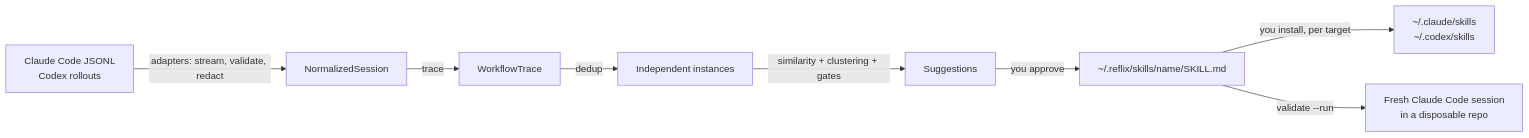
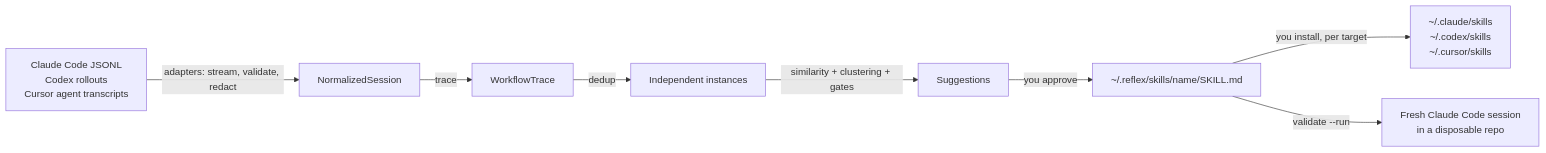
One commit to sumervaid/reflex-tui changed the diagram in docs/architecture.md. Above: the diagram before and after it, drawn with Mermaid. The commit also changed other lines of this file and 53 other files, not shown here.

````diff
--- a/docs/architecture.md
+++ b/docs/architecture.md
@@ -6,10 +6,10 @@
 ```mermaid
 flowchart LR
-  A[Claude Code JSONL<br/>Codex rollouts] -->|adapters: stream, validate, redact| B[NormalizedSession]
+  A[Claude Code JSONL<br/>Codex rollouts<br/>Cursor agent transcripts] -->|adapters: stream, validate, redact| B[NormalizedSession]
   B -->|trace| C[WorkflowTrace]
   C -->|dedup| D[Independent instances]
   D -->|similarity + clustering + gates| E[Suggestions]
-  E -->|you approve| F[~/.reflix/skills/name/SKILL.md]
-  F -->|you install, per target| G[~/.claude/skills<br/>~/.codex/skills]
+  E -->|you approve| F[~/.reflex/skills/name/SKILL.md]
+  F -->|you install, per target| G[~/.claude/skills<br/>~/.codex/skills<br/>~/.cursor/skills]
   F -->|validate --run| H[Fresh Claude Code session<br/>in a disposable repo]
 ```
````
